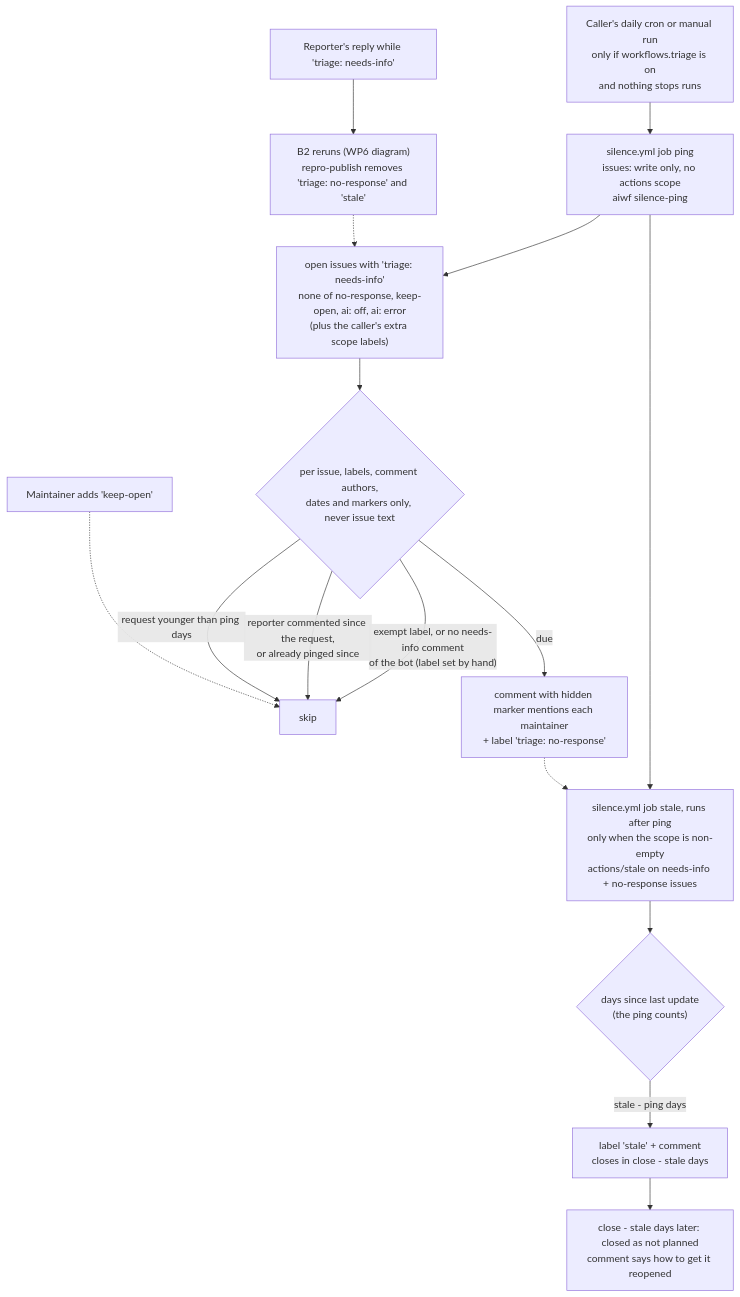
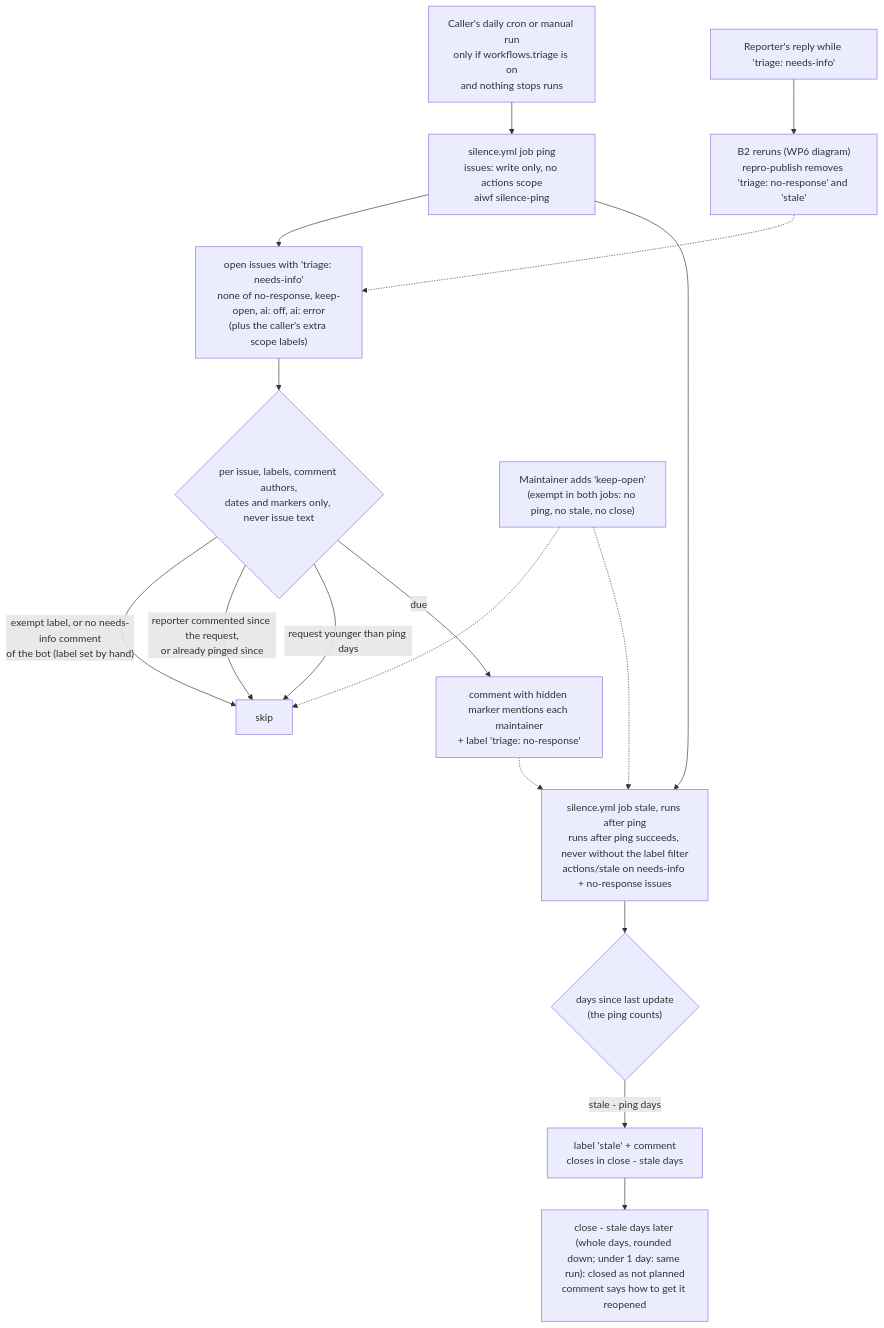
Before and after one commit to esciara/ai-workflows: the tenth of 16 diagrams in docs/diagrams.md, drawn with Mermaid. The commit also changed 1 other file, not shown here.

Commit message:
docs(diagrams): address review (keep-open both jobs, stale wording, rounding); plan WP7 note current
Claude-Session: https://claude.ai/code/session_016mqKwi1bFKP6gFMCxiUd3G

````diff
--- a/docs/diagrams.md
+++ b/docs/diagrams.md
@@ -361,18 +361,19 @@
 ```mermaid
 flowchart TD
   CR["Caller's daily cron or manual run<br/>only if workflows.triage is on<br/>and nothing stops runs"] --> PG["silence.yml job ping<br/>issues: write only, no actions scope<br/>aiwf silence-ping"]
   PG --> LS["open issues with 'triage: needs-info'<br/>none of no-response, keep-open, ai: off, ai: error<br/>(plus the caller's extra scope labels)"]
   LS --> DC{"per issue, labels, comment authors,<br/>dates and markers only, never issue text"}
   DC -- "exempt label, or no needs-info comment<br/>of the bot (label set by hand)" --> SK["skip"]
   DC -- "reporter commented since the request,<br/>or already pinged since" --> SK
   DC -- "request younger than ping days" --> SK
   DC -- "due" --> PN["comment with hidden marker mentions each maintainer<br/>+ label 'triage: no-response'"]
-  PG --> ST["silence.yml job stale, runs after ping<br/>only when the scope is non-empty<br/>actions/stale on needs-info + no-response issues"]
+  PG --> ST["silence.yml job stale, runs after ping<br/>runs after ping succeeds, never without the label filter<br/>actions/stale on needs-info + no-response issues"]
   PN -.-> ST
   ST --> SL{"days since last update<br/>(the ping counts)"}
   SL -- "stale - ping days" --> SA["label 'stale' + comment<br/>closes in close - stale days"]
-  SA --> CL["close - stale days later: closed as not planned<br/>comment says how to get it reopened"]
+  SA --> CL["close - stale days later (whole days, rounded down; under 1 day: same run): closed as not planned<br/>comment says how to get it reopened"]
   RP["Reporter's reply while 'triage: needs-info'"] --> B2["B2 reruns (WP6 diagram)<br/>repro-publish removes 'triage: no-response' and 'stale'"]
   B2 -.-> LS
-  KO["Maintainer adds 'keep-open'"] -.-> SK
+  KO["Maintainer adds 'keep-open'<br/>(exempt in both jobs: no ping, no stale, no close)"] -.-> SK
+  KO -.-> ST
 ```
````
